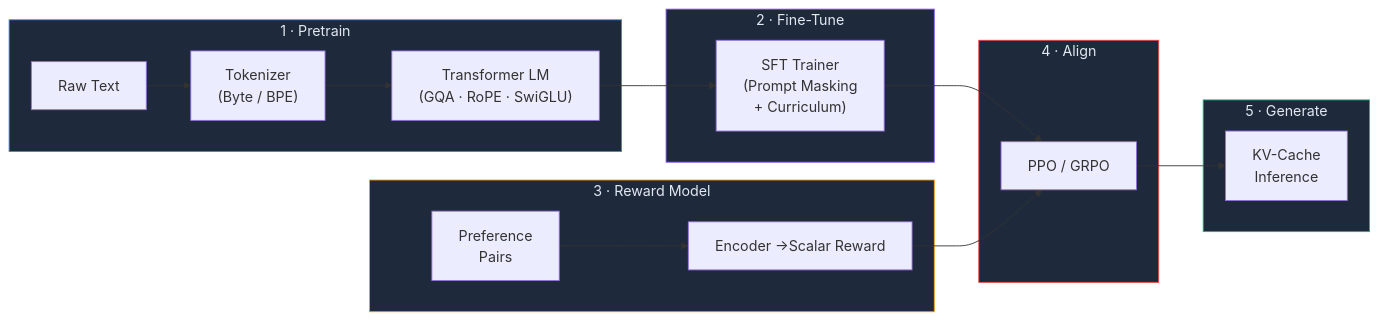
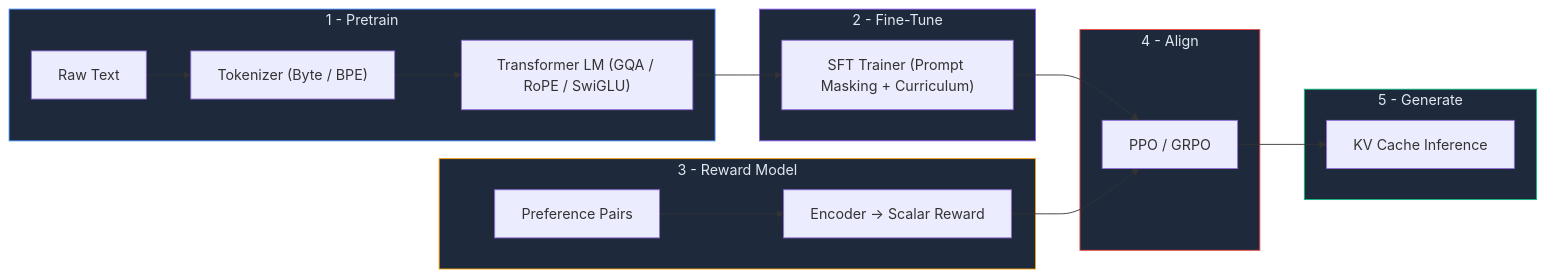
One commit to arnav-chauhan-kgpian/atlas changed the diagram in README.md. Above: the diagram before and after it, drawn with Mermaid.

Commit message:
Refactor architecture diagram labels for clarity

````diff
--- a/README.md
+++ b/README.md
@@ -44,30 +44,30 @@
 ```mermaid
 flowchart LR
-    subgraph PRETRAIN["1 · Pretrain"]
-        A["Raw Text"] --> B["Tokenizer\n(Byte / BPE)"]
-        B --> C["Transformer LM\n(GQA · RoPE · SwiGLU)"]
+    subgraph PRETRAIN["1 - Pretrain"]
+        A["Raw Text"] --> B["Tokenizer (Byte / BPE)"]
+        B --> C["Transformer LM (GQA / RoPE / SwiGLU)"]
     end
 
-    subgraph SFT["2 · Fine-Tune"]
-        C --> D["SFT Trainer\n(Prompt Masking\n+ Curriculum)"]
+    subgraph SFT["2 - Fine-Tune"]
+        C --> D["SFT Trainer (Prompt Masking + Curriculum)"]
     end
 
-    subgraph RM["3 · Reward Model"]
-        E["Preference\nPairs"] --> F["Encoder →Scalar Reward"]
+    subgraph RM["3 - Reward Model"]
+        E["Preference Pairs"] --> F["Encoder -> Scalar Reward"]
     end
 
-    subgraph RLHF["4 · Align"]
+    subgraph RLHF["4 - Align"]
         D --> G["PPO / GRPO"]
         F --> G
     end
 
-    subgraph INFER["5 · Generate"]
-        G --> H["KV-Cache\nInference"]
+    subgraph INFER["5 - Generate"]
+        G --> H["KV Cache Inference"]
     end
 
     style PRETRAIN fill:#1e293b,stroke:#3b82f6,color:#e2e8f0
     style SFT fill:#1e293b,stroke:#8b5cf6,color:#e2e8f0
     style RM fill:#1e293b,stroke:#f59e0b,color:#e2e8f0
     style RLHF fill:#1e293b,stroke:#ef4444,color:#e2e8f0
     style INFER fill:#1e293b,stroke:#10b981,color:#e2e8f0
 ```
````
